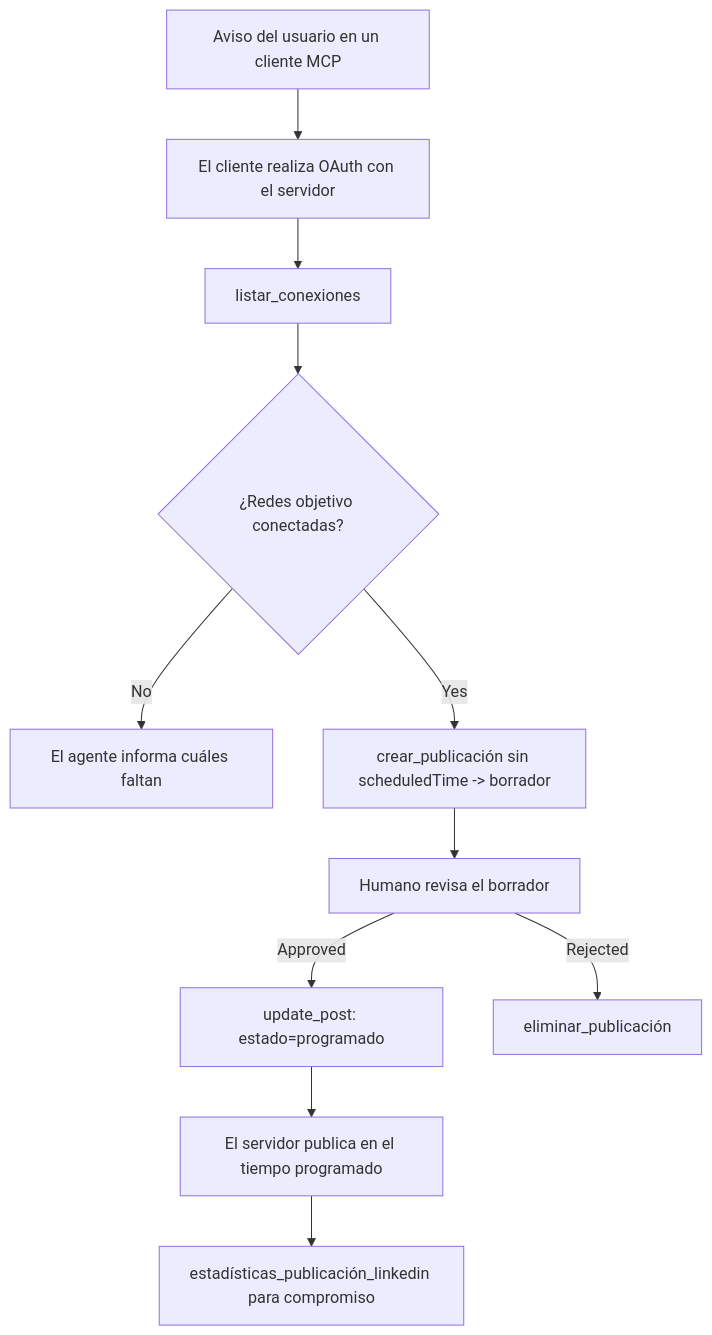
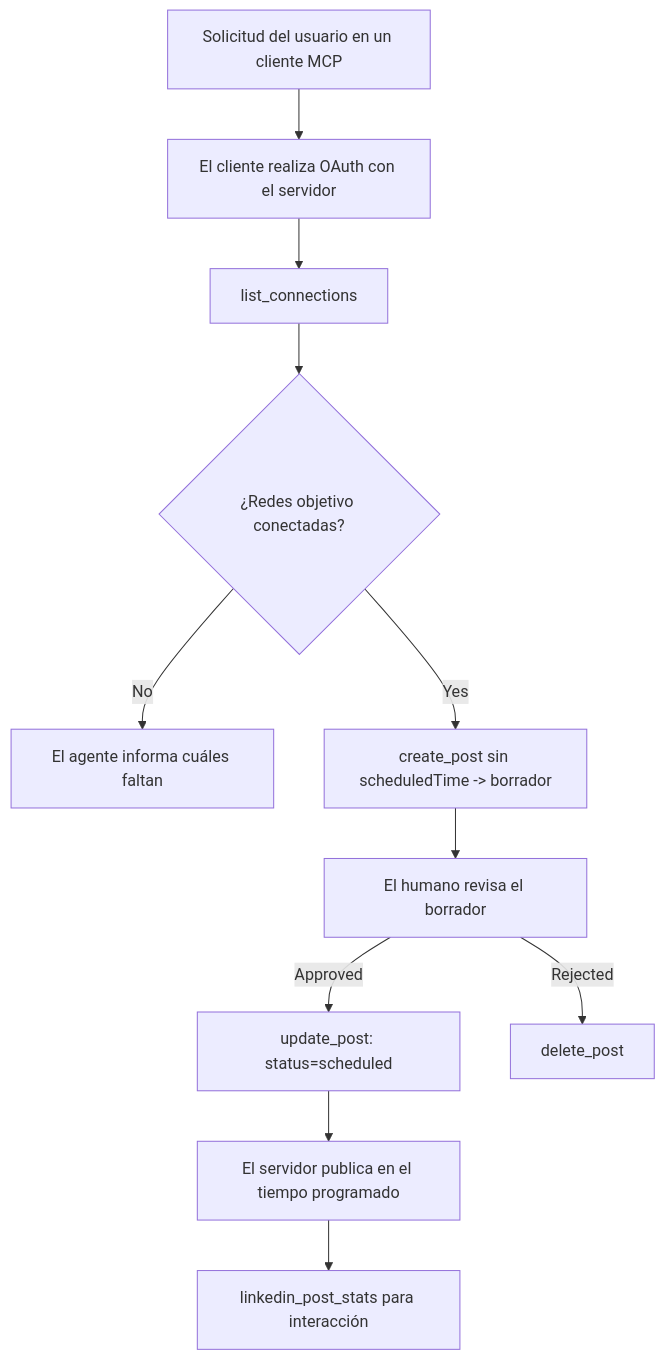
One commit to microsoft/mcp-for-beginners changed the diagram in translations/es/09-CaseStudy/publora-social-publishing.md. Above: the diagram before and after it, drawn with Mermaid. The commit also changed other lines of this file and 146 other files, not shown here.

````diff
--- a/translations/es/09-CaseStudy/publora-social-publishing.md
+++ b/translations/es/09-CaseStudy/publora-social-publishing.md
@@ -47,13 +47,13 @@
 ```mermaid
 flowchart TD
-    A[Aviso del usuario en un cliente MCP] --> B[El cliente realiza OAuth con el servidor]
-    B --> C[listar_conexiones]
+    A[Solicitud del usuario en un cliente MCP] --> B[El cliente realiza OAuth con el servidor]
+    B --> C[list_connections]
     C --> D{¿Redes objetivo conectadas?}
     D -- No --> E[El agente informa cuáles faltan]
-    D -- Yes --> F[crear_publicación sin scheduledTime -> borrador]
-    F --> G[Humano revisa el borrador]
-    G -- Approved --> H[update_post: estado=programado]
-    G -- Rejected --> I[eliminar_publicación]
+    D -- Yes --> F[create_post sin scheduledTime -> borrador]
+    F --> G[El humano revisa el borrador]
+    G -- Approved --> H[update_post: status=scheduled]
+    G -- Rejected --> I[delete_post]
     H --> J[El servidor publica en el tiempo programado]
-    J --> K[estadísticas_publicación_linkedin para compromiso]
+    J --> K[linkedin_post_stats para interacción]
 ```
````
